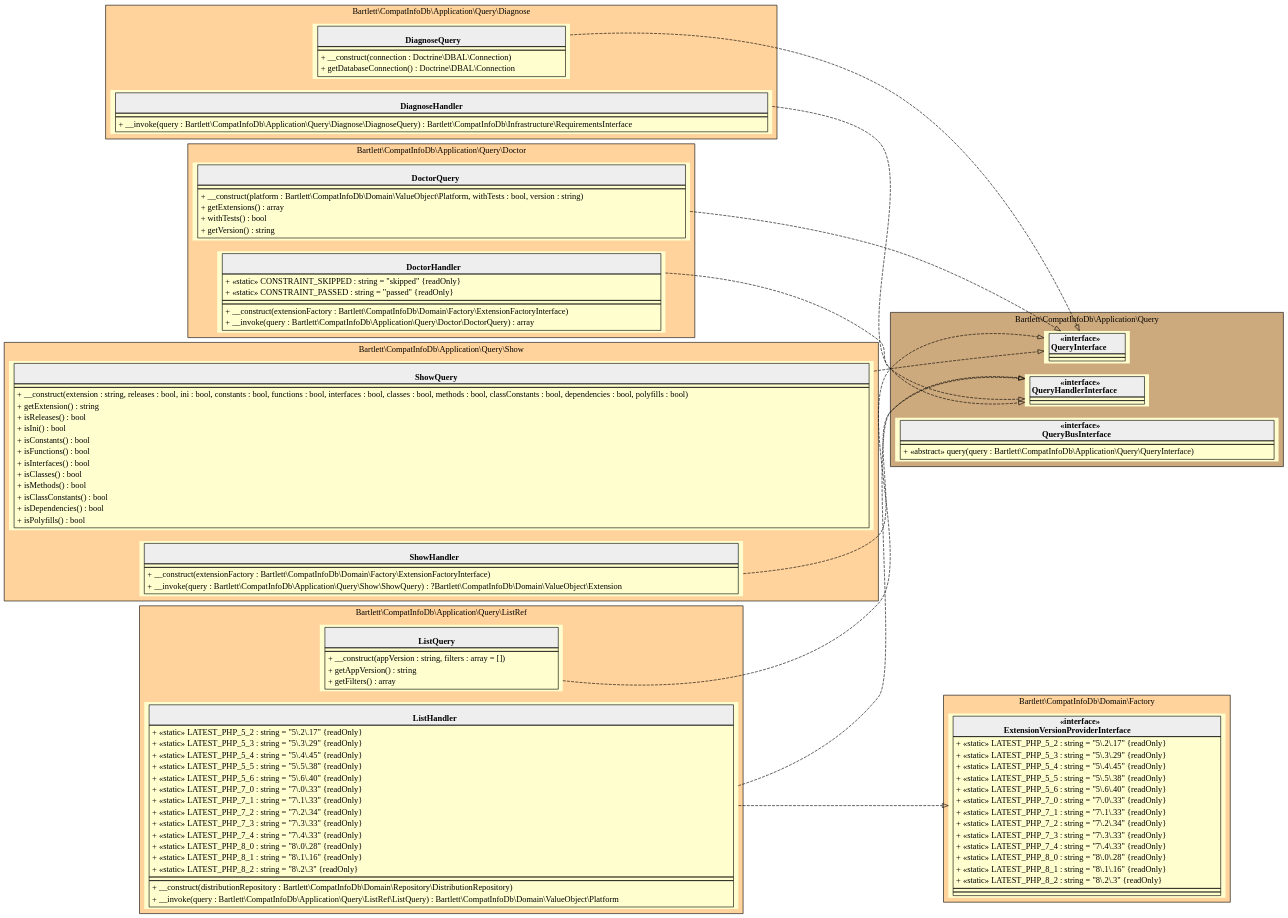
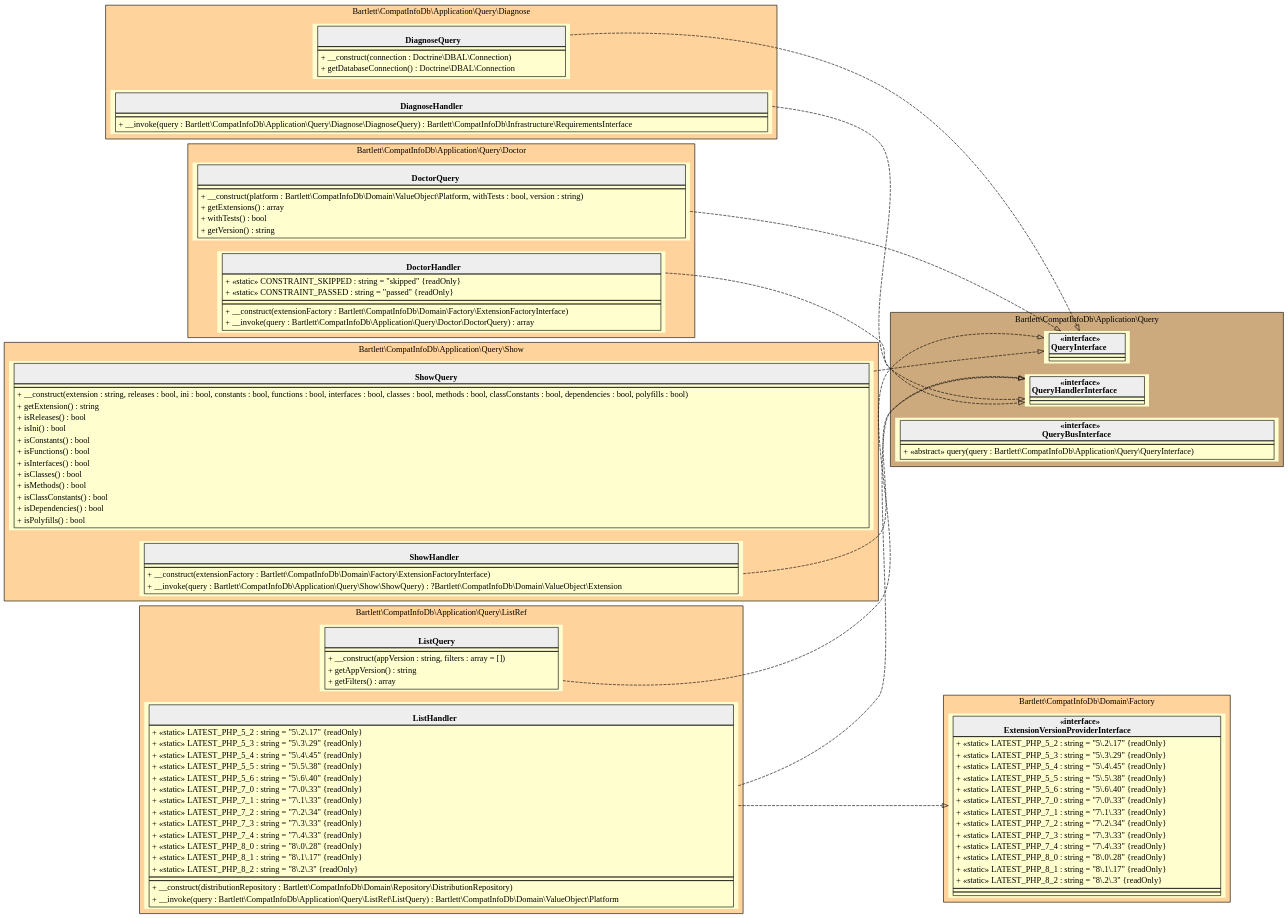
Before and after one commit to llaville/php-compatinfo-db: the diagram in 5.x/assets/images/application-query.html.gv, drawn with Graphviz. The commit also changed 31 other files, not shown here.

```diff
--- a/5.x/assets/images/application-query.html.gv
+++ b/5.x/assets/images/application-query.html.gv
@@ -1,181 +1,181 @@
 digraph {
   graph [rankdir="LR" bgcolor="transparent"]
   node [fillcolor="#FEFECE" style="filled"]
   subgraph cluster_0 {
     graph [bgcolor="burlywood1"]
     label = "Bartlett\\CompatInfoDb\\Application\\Query\\Diagnose"
     "Bartlett\\CompatInfoDb\\Application\\Query\\Diagnose\\DiagnoseQuery" [shape="none" label=<
 <table cellspacing="0" border="0" cellborder="1">
     <tr><td bgcolor="#eeeeee"><b><br/>DiagnoseQuery</b></td></tr>
     <tr><td></td></tr>
     <tr><td><table border="0" cellspacing="0" cellpadding="2">
     <tr><td align="left">+ __construct(connection : Doctrine\\DBAL\\Connection)</td></tr>
     <tr><td align="left">+ getDatabaseConnection() : Doctrine\\DBAL\\Connection</td></tr>
 </table></td></tr>
 </table>>]
     "Bartlett\\CompatInfoDb\\Application\\Query\\Diagnose\\DiagnoseHandler" [shape="none" label=<
 <table cellspacing="0" border="0" cellborder="1">
     <tr><td bgcolor="#eeeeee"><b><br/>DiagnoseHandler</b></td></tr>
     <tr><td></td></tr>
     <tr><td><table border="0" cellspacing="0" cellpadding="2">
     <tr><td align="left">+ __invoke(query : Bartlett\\CompatInfoDb\\Application\\Query\\Diagnose\\DiagnoseQuery) : Bartlett\\CompatInfoDb\\Infrastructure\\RequirementsInterface</td></tr>
 </table></td></tr>
 </table>>]
   }
   subgraph cluster_1 {
     graph [bgcolor="burlywood3"]
     label = "Bartlett\\CompatInfoDb\\Application\\Query"
     "Bartlett\\CompatInfoDb\\Application\\Query\\QueryInterface" [shape="none" label=<
 <table cellspacing="0" border="0" cellborder="1">
     <tr><td bgcolor="#eeeeee"><b>«interface»<br/>QueryInterface</b></td></tr>
     <tr><td></td></tr>
     <tr><td></td></tr>
 </table>>]
     "Bartlett\\CompatInfoDb\\Application\\Query\\QueryHandlerInterface" [shape="none" label=<
 <table cellspacing="0" border="0" cellborder="1">
     <tr><td bgcolor="#eeeeee"><b>«interface»<br/>QueryHandlerInterface</b></td></tr>
     <tr><td></td></tr>
     <tr><td></td></tr>
 </table>>]
     "Bartlett\\CompatInfoDb\\Application\\Query\\QueryBusInterface" [shape="none" label=<
 <table cellspacing="0" border="0" cellborder="1">
     <tr><td bgcolor="#eeeeee"><b>«interface»<br/>QueryBusInterface</b></td></tr>
     <tr><td></td></tr>
     <tr><td><table border="0" cellspacing="0" cellpadding="2">
     <tr><td align="left">+ «abstract» query(query : Bartlett\\CompatInfoDb\\Application\\Query\\QueryInterface)</td></tr>
 </table></td></tr>
 </table>>]
   }
   subgraph cluster_2 {
     graph [bgcolor="burlywood1"]
     label = "Bartlett\\CompatInfoDb\\Application\\Query\\Doctor"
     "Bartlett\\CompatInfoDb\\Application\\Query\\Doctor\\DoctorQuery" [shape="none" label=<
 <table cellspacing="0" border="0" cellborder="1">
     <tr><td bgcolor="#eeeeee"><b><br/>DoctorQuery</b></td></tr>
     <tr><td></td></tr>
     <tr><td><table border="0" cellspacing="0" cellpadding="2">
     <tr><td align="left">+ __construct(platform : Bartlett\\CompatInfoDb\\Domain\\ValueObject\\Platform, withTests : bool, version : string)</td></tr>
     <tr><td align="left">+ getExtensions() : array</td></tr>
     <tr><td align="left">+ withTests() : bool</td></tr>
     <tr><td align="left">+ getVersion() : string</td></tr>
 </table></td></tr>
 </table>>]
     "Bartlett\\CompatInfoDb\\Application\\Query\\Doctor\\DoctorHandler" [shape="none" label=<
 <table cellspacing="0" border="0" cellborder="1">
     <tr><td bgcolor="#eeeeee"><b><br/>DoctorHandler</b></td></tr>
     <tr><td><table border="0" cellspacing="0" cellpadding="2">
     <tr><td align="left">+ «static» CONSTRAINT_SKIPPED : string = "skipped" {readOnly}</td></tr>
     <tr><td align="left">+ «static» CONSTRAINT_PASSED : string = "passed" {readOnly}</td></tr>
 </table></td></tr>
     <tr><td></td></tr>
     <tr><td><table border="0" cellspacing="0" cellpadding="2">
     <tr><td align="left">+ __construct(extensionFactory : Bartlett\\CompatInfoDb\\Domain\\Factory\\ExtensionFactoryInterface)</td></tr>
     <tr><td align="left">+ __invoke(query : Bartlett\\CompatInfoDb\\Application\\Query\\Doctor\\DoctorQuery) : array</td></tr>
 </table></td></tr>
 </table>>]
   }
   subgraph cluster_3 {
     graph [bgcolor="burlywood1"]
     label = "Bartlett\\CompatInfoDb\\Application\\Query\\ListRef"
     "Bartlett\\CompatInfoDb\\Application\\Query\\ListRef\\ListQuery" [shape="none" label=<
 <table cellspacing="0" border="0" cellborder="1">
     <tr><td bgcolor="#eeeeee"><b><br/>ListQuery</b></td></tr>
     <tr><td></td></tr>
     <tr><td><table border="0" cellspacing="0" cellpadding="2">
     <tr><td align="left">+ __construct(appVersion : string, filters : array = [])</td></tr>
     <tr><td align="left">+ getAppVersion() : string</td></tr>
     <tr><td align="left">+ getFilters() : array</td></tr>
 </table></td></tr>
 </table>>]
     "Bartlett\\CompatInfoDb\\Application\\Query\\ListRef\\ListHandler" [shape="none" label=<
 <table cellspacing="0" border="0" cellborder="1">
     <tr><td bgcolor="#eeeeee"><b><br/>ListHandler</b></td></tr>
     <tr><td><table border="0" cellspacing="0" cellpadding="2">
     <tr><td align="left">+ «static» LATEST_PHP_5_2 : string = "5\.2\.17" {readOnly}</td></tr>
     <tr><td align="left">+ «static» LATEST_PHP_5_3 : string = "5\.3\.29" {readOnly}</td></tr>
     <tr><td align="left">+ «static» LATEST_PHP_5_4 : string = "5\.4\.45" {readOnly}</td></tr>
     <tr><td align="left">+ «static» LATEST_PHP_5_5 : string = "5\.5\.38" {readOnly}</td></tr>
     <tr><td align="left">+ «static» LATEST_PHP_5_6 : string = "5\.6\.40" {readOnly}</td></tr>
     <tr><td align="left">+ «static» LATEST_PHP_7_0 : string = "7\.0\.33" {readOnly}</td></tr>
     <tr><td align="left">+ «static» LATEST_PHP_7_1 : string = "7\.1\.33" {readOnly}</td></tr>
     <tr><td align="left">+ «static» LATEST_PHP_7_2 : string = "7\.2\.34" {readOnly}</td></tr>
     <tr><td align="left">+ «static» LATEST_PHP_7_3 : string = "7\.3\.33" {readOnly}</td></tr>
     <tr><td align="left">+ «static» LATEST_PHP_7_4 : string = "7\.4\.33" {readOnly}</td></tr>
     <tr><td align="left">+ «static» LATEST_PHP_8_0 : string = "8\.0\.28" {readOnly}</td></tr>
-    <tr><td align="left">+ «static» LATEST_PHP_8_1 : string = "8\.1\.16" {readOnly}</td></tr>
+    <tr><td align="left">+ «static» LATEST_PHP_8_1 : string = "8\.1\.17" {readOnly}</td></tr>
     <tr><td align="left">+ «static» LATEST_PHP_8_2 : string = "8\.2\.3" {readOnly}</td></tr>
 </table></td></tr>
     <tr><td></td></tr>
     <tr><td><table border="0" cellspacing="0" cellpadding="2">
     <tr><td align="left">+ __construct(distributionRepository : Bartlett\\CompatInfoDb\\Domain\\Repository\\DistributionRepository)</td></tr>
     <tr><td align="left">+ __invoke(query : Bartlett\\CompatInfoDb\\Application\\Query\\ListRef\\ListQuery) : Bartlett\\CompatInfoDb\\Domain\\ValueObject\\Platform</td></tr>
 </table></td></tr>
 </table>>]
   }
   subgraph cluster_4 {
     graph [bgcolor="burlywood1"]
     label = "Bartlett\\CompatInfoDb\\Domain\\Factory"
     "Bartlett\\CompatInfoDb\\Domain\\Factory\\ExtensionVersionProviderInterface" [shape="none" label=<
 <table cellspacing="0" border="0" cellborder="1">
     <tr><td bgcolor="#eeeeee"><b>«interface»<br/>ExtensionVersionProviderInterface</b></td></tr>
     <tr><td><table border="0" cellspacing="0" cellpadding="2">
     <tr><td align="left">+ «static» LATEST_PHP_5_2 : string = "5\.2\.17" {readOnly}</td></tr>
     <tr><td align="left">+ «static» LATEST_PHP_5_3 : string = "5\.3\.29" {readOnly}</td></tr>
     <tr><td align="left">+ «static» LATEST_PHP_5_4 : string = "5\.4\.45" {readOnly}</td></tr>
     <tr><td align="left">+ «static» LATEST_PHP_5_5 : string = "5\.5\.38" {readOnly}</td></tr>
     <tr><td align="left">+ «static» LATEST_PHP_5_6 : string = "5\.6\.40" {readOnly}</td></tr>
     <tr><td align="left">+ «static» LATEST_PHP_7_0 : string = "7\.0\.33" {readOnly}</td></tr>
     <tr><td align="left">+ «static» LATEST_PHP_7_1 : string = "7\.1\.33" {readOnly}</td></tr>
     <tr><td align="left">+ «static» LATEST_PHP_7_2 : string = "7\.2\.34" {readOnly}</td></tr>
     <tr><td align="left">+ «static» LATEST_PHP_7_3 : string = "7\.3\.33" {readOnly}</td></tr>
     <tr><td align="left">+ «static» LATEST_PHP_7_4 : string = "7\.4\.33" {readOnly}</td></tr>
     <tr><td align="left">+ «static» LATEST_PHP_8_0 : string = "8\.0\.28" {readOnly}</td></tr>
-    <tr><td align="left">+ «static» LATEST_PHP_8_1 : string = "8\.1\.16" {readOnly}</td></tr>
+    <tr><td align="left">+ «static» LATEST_PHP_8_1 : string = "8\.1\.17" {readOnly}</td></tr>
     <tr><td align="left">+ «static» LATEST_PHP_8_2 : string = "8\.2\.3" {readOnly}</td></tr>
 </table></td></tr>
     <tr><td></td></tr>
     <tr><td></td></tr>
 </table>>]
   }
   subgraph cluster_5 {
     graph [bgcolor="burlywood1"]
     label = "Bartlett\\CompatInfoDb\\Application\\Query\\Show"
     "Bartlett\\CompatInfoDb\\Application\\Query\\Show\\ShowQuery" [shape="none" label=<
 <table cellspacing="0" border="0" cellborder="1">
     <tr><td bgcolor="#eeeeee"><b><br/>ShowQuery</b></td></tr>
     <tr><td></td></tr>
     <tr><td><table border="0" cellspacing="0" cellpadding="2">
     <tr><td align="left">+ __construct(extension : string, releases : bool, ini : bool, constants : bool, functions : bool, interfaces : bool, classes : bool, methods : bool, classConstants : bool, dependencies : bool, polyfills : bool)</td></tr>
     <tr><td align="left">+ getExtension() : string</td></tr>
     <tr><td align="left">+ isReleases() : bool</td></tr>
     <tr><td align="left">+ isIni() : bool</td></tr>
     <tr><td align="left">+ isConstants() : bool</td></tr>
     <tr><td align="left">+ isFunctions() : bool</td></tr>
     <tr><td align="left">+ isInterfaces() : bool</td></tr>
     <tr><td align="left">+ isClasses() : bool</td></tr>
     <tr><td align="left">+ isMethods() : bool</td></tr>
     <tr><td align="left">+ isClassConstants() : bool</td></tr>
     <tr><td align="left">+ isDependencies() : bool</td></tr>
     <tr><td align="left">+ isPolyfills() : bool</td></tr>
 </table></td></tr>
 </table>>]
     "Bartlett\\CompatInfoDb\\Application\\Query\\Show\\ShowHandler" [shape="none" label=<
 <table cellspacing="0" border="0" cellborder="1">
     <tr><td bgcolor="#eeeeee"><b><br/>ShowHandler</b></td></tr>
     <tr><td></td></tr>
     <tr><td><table border="0" cellspacing="0" cellpadding="2">
     <tr><td align="left">+ __construct(extensionFactory : Bartlett\\CompatInfoDb\\Domain\\Factory\\ExtensionFactoryInterface)</td></tr>
     <tr><td align="left">+ __invoke(query : Bartlett\\CompatInfoDb\\Application\\Query\\Show\\ShowQuery) : ?Bartlett\\CompatInfoDb\\Domain\\ValueObject\\Extension</td></tr>
 </table></td></tr>
 </table>>]
   }
   "Bartlett\\CompatInfoDb\\Application\\Query\\Diagnose\\DiagnoseQuery" -> "Bartlett\\CompatInfoDb\\Application\\Query\\QueryInterface" [arrowhead="empty" style="dashed"]
   "Bartlett\\CompatInfoDb\\Application\\Query\\Diagnose\\DiagnoseHandler" -> "Bartlett\\CompatInfoDb\\Application\\Query\\QueryHandlerInterface" [arrowhead="empty" style="dashed"]
   "Bartlett\\CompatInfoDb\\Application\\Query\\Doctor\\DoctorQuery" -> "Bartlett\\CompatInfoDb\\Application\\Query\\QueryInterface" [arrowhead="empty" style="dashed"]
   "Bartlett\\CompatInfoDb\\Application\\Query\\Doctor\\DoctorHandler" -> "Bartlett\\CompatInfoDb\\Application\\Query\\QueryHandlerInterface" [arrowhead="empty" style="dashed"]
   "Bartlett\\CompatInfoDb\\Application\\Query\\ListRef\\ListQuery" -> "Bartlett\\CompatInfoDb\\Application\\Query\\QueryInterface" [arrowhead="empty" style="dashed"]
   "Bartlett\\CompatInfoDb\\Application\\Query\\ListRef\\ListHandler" -> "Bartlett\\CompatInfoDb\\Application\\Query\\QueryHandlerInterface" [arrowhead="empty" style="dashed"]
   "Bartlett\\CompatInfoDb\\Application\\Query\\ListRef\\ListHandler" -> "Bartlett\\CompatInfoDb\\Domain\\Factory\\ExtensionVersionProviderInterface" [arrowhead="empty" style="dashed"]
   "Bartlett\\CompatInfoDb\\Application\\Query\\Show\\ShowQuery" -> "Bartlett\\CompatInfoDb\\Application\\Query\\QueryInterface" [arrowhead="empty" style="dashed"]
   "Bartlett\\CompatInfoDb\\Application\\Query\\Show\\ShowHandler" -> "Bartlett\\CompatInfoDb\\Application\\Query\\QueryHandlerInterface" [arrowhead="empty" style="dashed"]
 }
```
